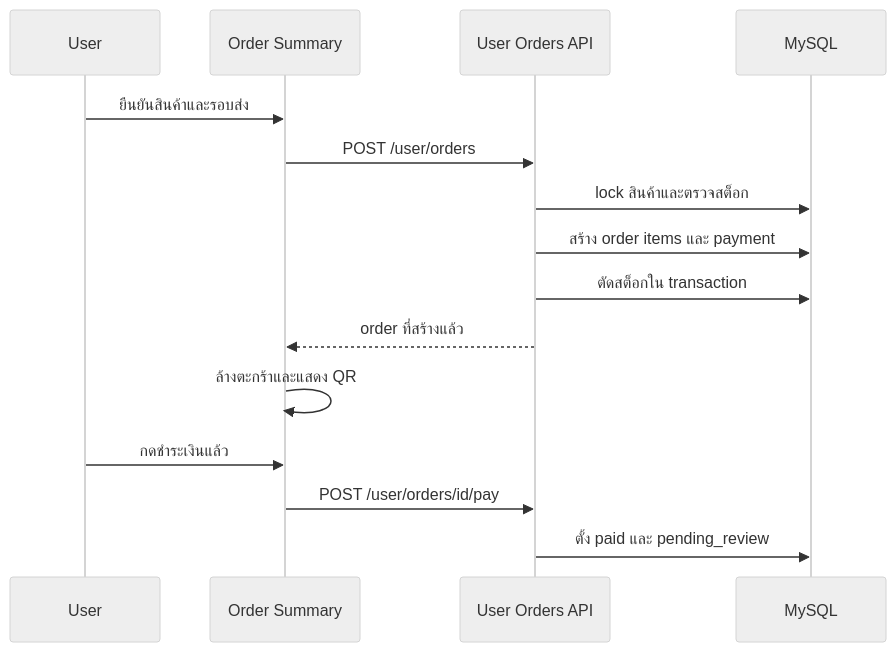
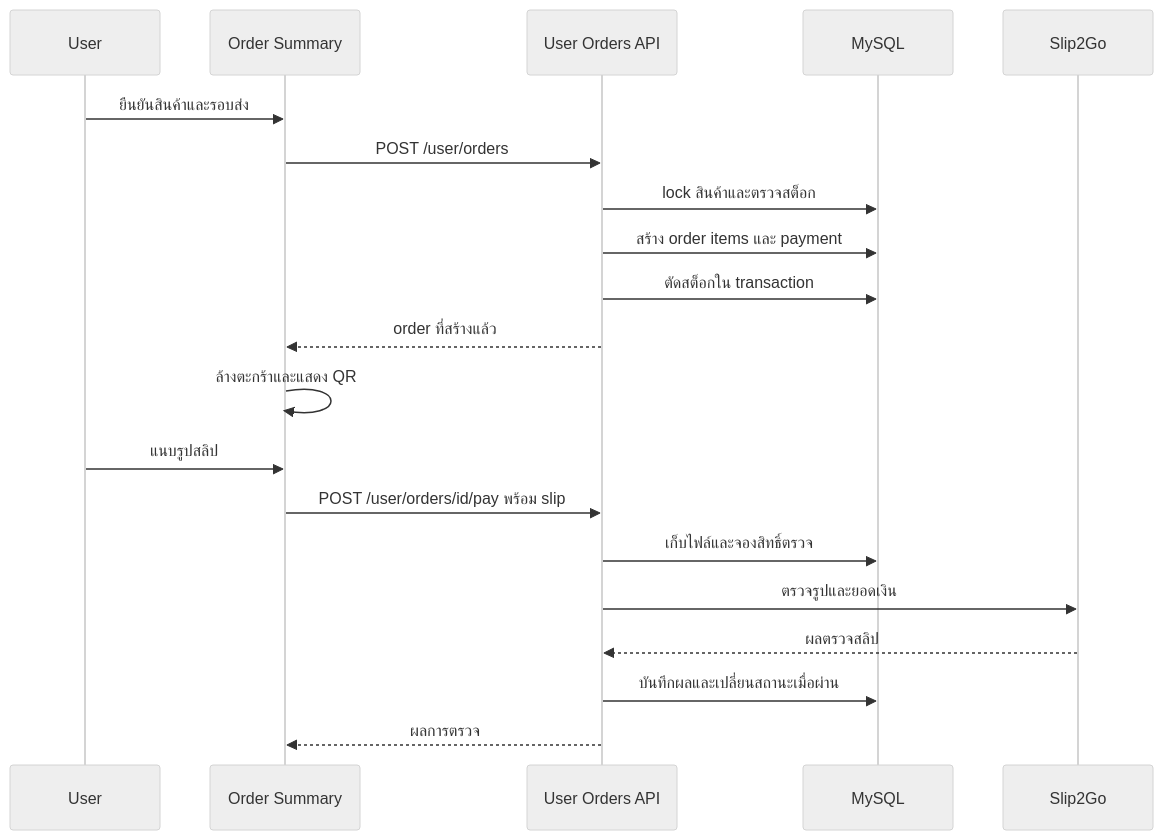
The first of 2 diagrams in openwiki/workflows/orders-and-fulfillment.md (bank188950/shop), drawn with Mermaid (neutral theme) before and after one commit. The commit also changed other lines of this file and 5 other files, not shown here.

````diff
--- a/openwiki/workflows/orders-and-fulfillment.md
+++ b/openwiki/workflows/orders-and-fulfillment.md
@@ -16,17 +16,22 @@
 ```mermaid
 sequenceDiagram
     participant User
     participant UI as Order Summary
     participant API as User Orders API
     participant DB as MySQL
+    participant Verifier as Slip2Go
     User->>UI: ยืนยันสินค้าและรอบส่ง
     UI->>API: POST /user/orders
     API->>DB: lock สินค้าและตรวจสต็อก
     API->>DB: สร้าง order items และ payment
     API->>DB: ตัดสต็อกใน transaction
     API-->>UI: order ที่สร้างแล้ว
     UI->>UI: ล้างตะกร้าและแสดง QR
-    User->>UI: กดชำระเงินแล้ว
-    UI->>API: POST /user/orders/id/pay
-    API->>DB: ตั้ง paid และ pending_review
+    User->>UI: แนบรูปสลิป
+    UI->>API: POST /user/orders/id/pay พร้อม slip
+    API->>DB: เก็บไฟล์และจองสิทธิ์ตรวจ
+    API->>Verifier: ตรวจรูปและยอดเงิน
+    Verifier-->>API: ผลตรวจสลิป
+    API->>DB: บันทึกผลและเปลี่ยนสถานะเมื่อผ่าน
+    API-->>UI: ผลการตรวจ
 ```
````
